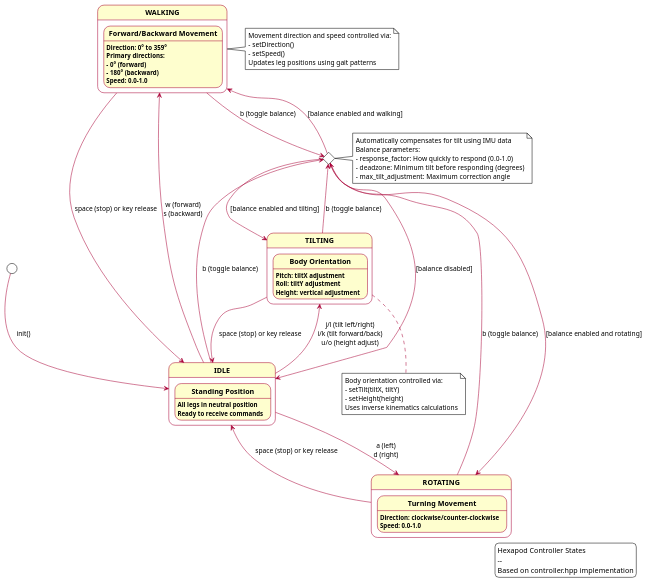
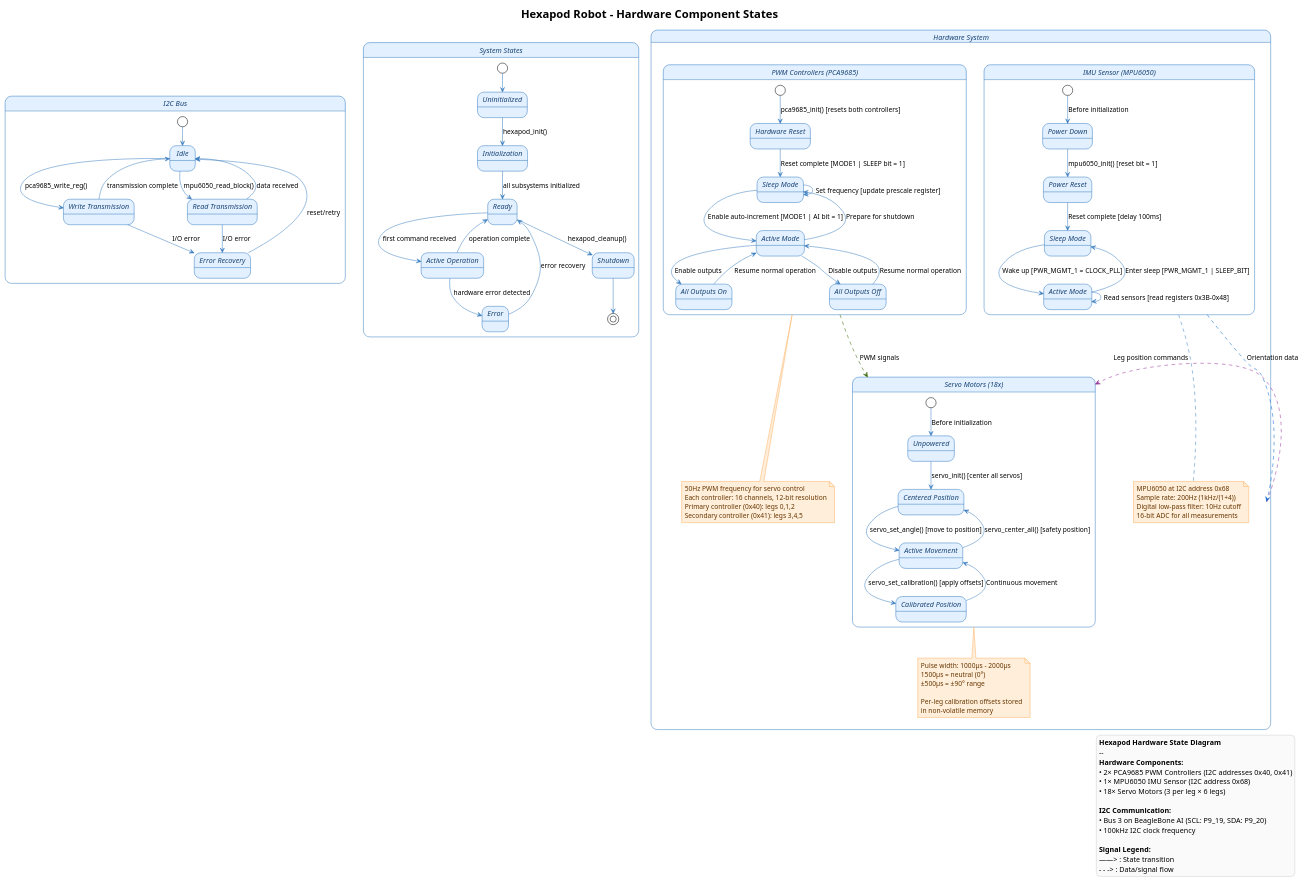
One commit to NguyenTrongPhuc552003/reinforcement-automative-hexapod changed the diagram in docs/diagrams/src/state.puml. Above: the diagram before and after it, drawn with PlantUML. The commit also changed 6 other files, not shown here.

Commit message:
Adding an extra UML diagrams directory to create a system overview better

```diff
--- a/docs/diagrams/src/state.puml
+++ b/docs/diagrams/src/state.puml
@@ -1,93 +1,170 @@
-@startuml Hexapod Controller State Diagram
+@startuml Hexapod Hardware State Diagram
 
 !theme plain
-skinparam stateBackgroundColor #FEFECE
-skinparam stateBorderColor #A80036
-skinparam stateArrowColor #A80036
-skinparam stateFontStyle bold
-
-' Main states based on ControllerState enum
-state IDLE {
-  state "Standing Position" as standing
-  standing: All legs in neutral position
-  standing: Ready to receive commands
+' Use better color scheme for hardware states
+skinparam {
+    stateBackgroundColor #E2F0FF
+    stateBorderColor #3C7FC0
+    stateArrowColor #3C7FC0
+    stateFontStyle bold
+    
+    stateAttributeFontColor #1A4473
+    stateAttributeFontStyle italic
+    
+    legendBackgroundColor #FAFAFA
+    legendBorderColor #D0D0D0
+    
+    stateStartColor #28A745
+    stateEndColor #DC3545
+    
+    noteBorderColor #FFB266
+    noteBackgroundColor #FFEED9
+    noteFontColor #663500
 }
 
-state WALKING {
-  state "Forward/Backward Movement" as walking
-  walking: Direction: 0° to 359° 
-  walking: Primary directions:
-  walking: - 0° (forward)
-  walking: - 180° (backward)
-  walking: Speed: 0.0-1.0
+' Title
+title Hexapod Robot - Hardware Component States
+
+' Overall hardware system state
+state "Hardware System" as SystemState {
+
+    ' PWM Controller states
+    state "PWM Controllers (PCA9685)" as PWMState {
+        state "Hardware Reset" as PWM_RESET
+        state "Sleep Mode" as PWM_SLEEP
+        state "Active Mode" as PWM_ACTIVE
+        state "All Outputs On" as PWM_ALL_ON
+        state "All Outputs Off" as PWM_ALL_OFF
+        
+        ' Transitions
+        [*] --> PWM_RESET : pca9685_init() [resets both controllers]
+        PWM_RESET --> PWM_SLEEP : Reset complete [MODE1 | SLEEP bit = 1]
+        PWM_SLEEP --> PWM_SLEEP : Set frequency [update prescale register]
+        PWM_SLEEP --> PWM_ACTIVE : Enable auto-increment [MODE1 | AI bit = 1]
+        PWM_ACTIVE --> PWM_ALL_OFF : Disable outputs
+        PWM_ACTIVE --> PWM_ALL_ON : Enable outputs
+        PWM_ALL_OFF --> PWM_ACTIVE : Resume normal operation
+        PWM_ALL_ON --> PWM_ACTIVE : Resume normal operation
+        PWM_ACTIVE --> PWM_SLEEP : Prepare for shutdown
+    }
+    
+    ' IMU Sensor states
+    state "IMU Sensor (MPU6050)" as IMUState {
+        state "Power Down" as IMU_OFF
+        state "Power Reset" as IMU_RESET
+        state "Sleep Mode" as IMU_SLEEP
+        state "Active Mode" as IMU_ACTIVE
+        
+        ' Transitions
+        [*] --> IMU_OFF : Before initialization
+        IMU_OFF --> IMU_RESET : mpu6050_init() [reset bit = 1]
+        IMU_RESET --> IMU_SLEEP : Reset complete [delay 100ms]
+        IMU_SLEEP --> IMU_ACTIVE : Wake up [PWR_MGMT_1 = CLOCK_PLL]
+        IMU_ACTIVE --> IMU_SLEEP : Enter sleep [PWR_MGMT_1 | SLEEP_BIT]
+        IMU_ACTIVE --> IMU_ACTIVE : Read sensors [read registers 0x3B-0x48]
+    }
+    
+    ' Servo Motors states
+    state "Servo Motors (18x)" as ServoState {
+        state "Unpowered" as SERVO_OFF
+        state "Centered Position" as SERVO_CENTER
+        state "Active Movement" as SERVO_ACTIVE
+        state "Calibrated Position" as SERVO_CALIBRATED
+        
+        ' Transitions
+        [*] --> SERVO_OFF : Before initialization
+        SERVO_OFF --> SERVO_CENTER : servo_init() [center all servos]
+        SERVO_CENTER --> SERVO_ACTIVE : servo_set_angle() [move to position]
+        SERVO_ACTIVE --> SERVO_CALIBRATED : servo_set_calibration() [apply offsets]
+        SERVO_CALIBRATED --> SERVO_ACTIVE : Continuous movement
+        SERVO_ACTIVE --> SERVO_CENTER : servo_center_all() [safety position]
+    }
+    
+    ' Detailed notes for hardware states
+    note bottom of PWMState
+      50Hz PWM frequency for servo control
+      Each controller: 16 channels, 12-bit resolution
+      Primary controller (0x40): legs 0,1,2
+      Secondary controller (0x41): legs 3,4,5
+    end note
+    
+    note bottom of IMUState
+      MPU6050 at I2C address 0x68
+      Sample rate: 200Hz (1kHz/(1+4))
+      Digital low-pass filter: 10Hz cutoff
+      16-bit ADC for all measurements
+    end note
+    
+    note bottom of ServoState
+      Pulse width: 1000μs - 2000μs
+      1500μs = neutral (0°)
+      ±500μs = ±90° range
+      
+      Per-leg calibration offsets stored
+      in non-volatile memory
+    end note
 }
 
-state ROTATING {
-  state "Turning Movement" as rotating
-  rotating: Direction: clockwise/counter-clockwise
-  rotating: Speed: 0.0-1.0
+' I2C Bus states
+state "I2C Bus" as I2CBus {
+    state "Idle" as I2C_IDLE
+    state "Write Transmission" as I2C_WRITE
+    state "Read Transmission" as I2C_READ
+    state "Error Recovery" as I2C_ERROR
+    
+    ' Transitions
+    [*] --> I2C_IDLE
+    I2C_IDLE --> I2C_WRITE : pca9685_write_reg()
+    I2C_IDLE --> I2C_READ : mpu6050_read_block()
+    I2C_WRITE --> I2C_IDLE : transmission complete
+    I2C_READ --> I2C_IDLE : data received
+    I2C_WRITE --> I2C_ERROR : I/O error
+    I2C_READ --> I2C_ERROR : I/O error
+    I2C_ERROR --> I2C_IDLE : reset/retry
 }
 
-state TILTING {
-  state "Body Orientation" as tilting
-  tilting: Pitch: tiltX adjustment
-  tilting: Roll: tiltY adjustment
-  tilting: Height: vertical adjustment
+' Global transitions between major components
+PWMState -[#336600,dashed]-> ServoState : PWM signals
+IMUState -[#0066CC,dashed]-> SystemState : Orientation data
+SystemState -[#993399,dashed]-> ServoState : Leg position commands
+
+' Main system states
+state "System States" as MainSystemState {
+    state "Uninitialized" as SYS_UNINIT
+    state "Initialization" as SYS_INIT
+    state "Ready" as SYS_READY
+    state "Active Operation" as SYS_ACTIVE
+    state "Error" as SYS_ERROR
+    state "Shutdown" as SYS_SHUTDOWN
+    
+    ' Main system transitions
+    [*] --> SYS_UNINIT
+    SYS_UNINIT --> SYS_INIT : hexapod_init()
+    SYS_INIT --> SYS_READY : all subsystems initialized
+    SYS_READY --> SYS_ACTIVE : first command received
+    SYS_ACTIVE --> SYS_ERROR : hardware error detected
+    SYS_ERROR --> SYS_READY : error recovery
+    SYS_ACTIVE --> SYS_READY : operation complete
+    SYS_READY --> SYS_SHUTDOWN : hexapod_cleanup()
+    SYS_SHUTDOWN --> [*]
 }
 
-' Additional balance mode (from controller.hpp)
-state "BALANCE MODE" as BALANCE_MODE <<choice>>
-
-' Transitions from the code behaviors
-[*] --> IDLE : init()
-
-IDLE --> WALKING : w (forward)\ns (backward)
-IDLE --> ROTATING : a (left)\nd (right)
-IDLE --> TILTING : j/l (tilt left/right)\ni/k (tilt forward/back)\nu/o (height adjust)
-
-WALKING --> IDLE : space (stop) or key release
-ROTATING --> IDLE : space (stop) or key release
-TILTING --> IDLE : space (stop) or key release
-
-' Balance mode transitions (from processKey() handling)
-IDLE --> BALANCE_MODE : b (toggle balance)
-WALKING --> BALANCE_MODE : b (toggle balance)
-ROTATING --> BALANCE_MODE : b (toggle balance)
-TILTING --> BALANCE_MODE : b (toggle balance)
-
-BALANCE_MODE --> IDLE : [balance disabled]
-BALANCE_MODE --> WALKING : [balance enabled and walking]
-BALANCE_MODE --> ROTATING : [balance enabled and rotating]
-BALANCE_MODE --> TILTING : [balance enabled and tilting]
-
-' Notes based on code documentation
-note right of WALKING
-  Movement direction and speed controlled via:
-  - setDirection() 
-  - setSpeed()
-  Updates leg positions using gait patterns
-end note
-
-note right of BALANCE_MODE
-  Automatically compensates for tilt using IMU data
-  Balance parameters:
-  - response_factor: How quickly to respond (0.0-1.0)
-  - deadzone: Minimum tilt before responding (degrees)
-  - max_tilt_adjustment: Maximum correction angle
-end note
-
-note bottom of TILTING
-  Body orientation controlled via:
-  - setTilt(tiltX, tiltY)
-  - setHeight(height)
-  Uses inverse kinematics calculations
-end note
-
-' Footer legend
+' Comprehensive legend with hardware info
 legend right
-  Hexapod Controller States
+  <b>Hexapod Hardware State Diagram</b>
   --
-  Based on controller.hpp implementation
+  <b>Hardware Components:</b>
+  • 2× PCA9685 PWM Controllers (I2C addresses 0x40, 0x41)
+  • 1× MPU6050 IMU Sensor (I2C address 0x68)
+  • 18× Servo Motors (3 per leg × 6 legs)
+  
+  <b>I2C Communication:</b>
+  • Bus 3 on BeagleBone AI (SCL: P9_19, SDA: P9_20)
+  • 100kHz I2C clock frequency
+  
+  <b>Signal Legend:</b>
+  ——> : State transition
+  - - -> : Data/signal flow
 endlegend
 
 @enduml
```
